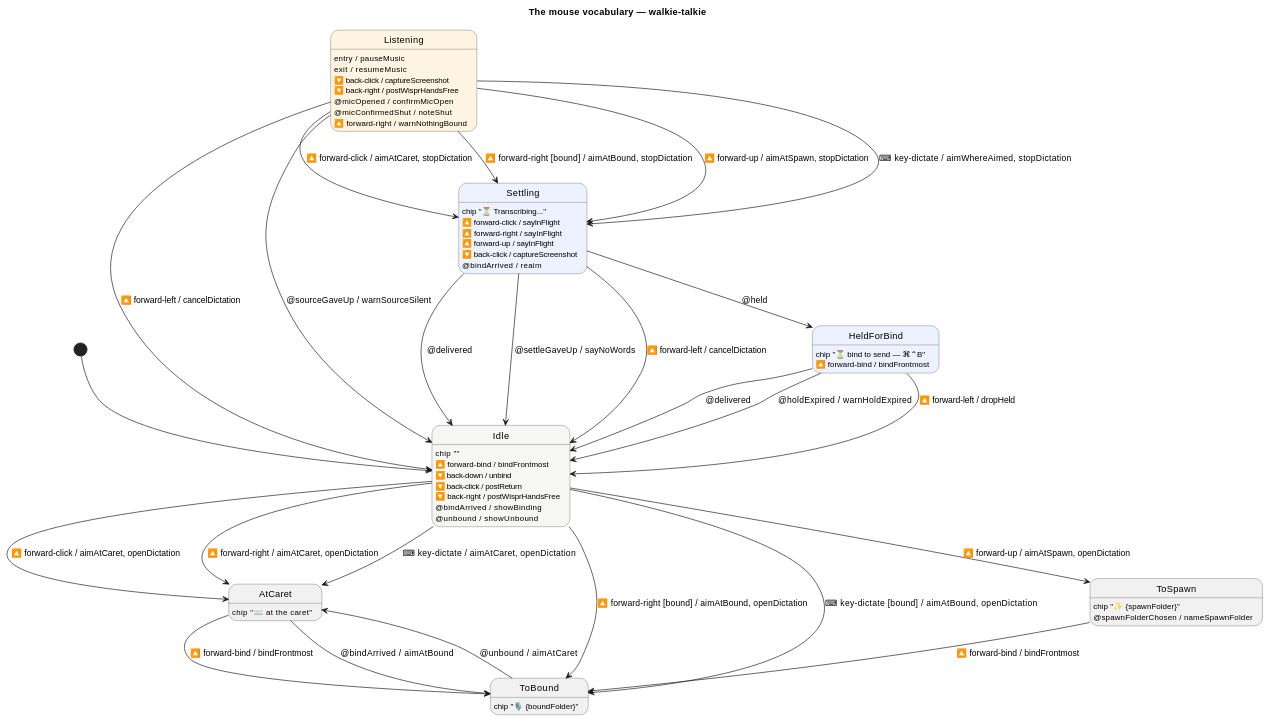
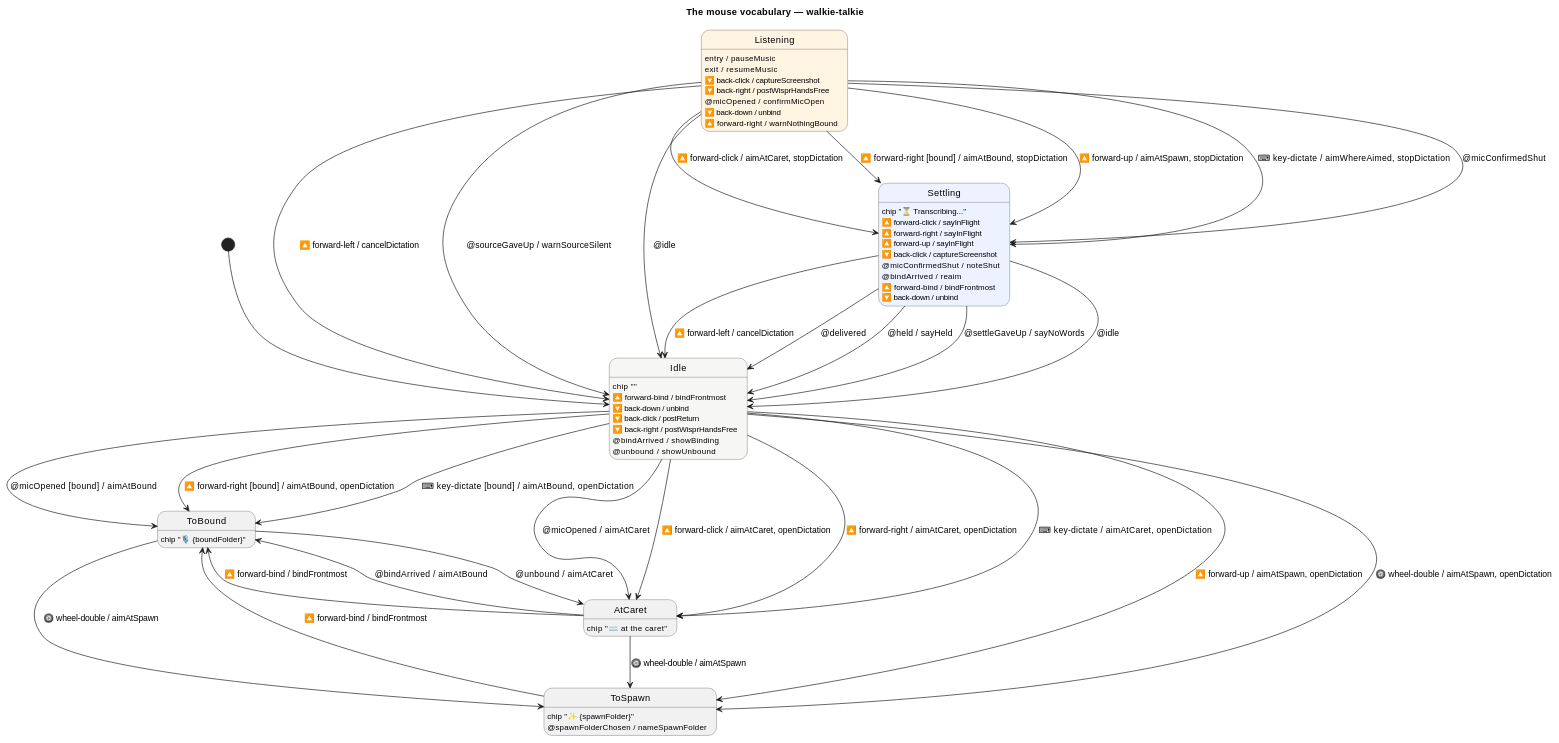
One commit to victorrentea/walkie-talkie changed the diagram in docs/gestures.puml. Above: the diagram before and after it, drawn with PlantUML. The commit also changed 12 other files, not shown here.

```diff
--- a/docs/gestures.puml
+++ b/docs/gestures.puml
@@ -64,6 +64,18 @@
 Idle : @bindArrived / showBinding
 Idle : @unbound / showUnbound
 
+' **A dictation this machine did not start.** The menu's *Start Dictation*, the
+' loopback's `/test/dictation/start`, Wispr Flow's own keyboard chord, and 🔽 →
+' which posts that chord raw — all open a microphone without a gesture the
+' diagram answers. Without these two arrows the machine sat in `Idle` while the
+' world was listening, missed the music pause, and then refused `@delivered`
+' when the words came back. Found in review, 2026-09-14.
+'
+' Inside `Listening` the same event is an internal confirmation (below); a
+' substate's own answer outranks the composite's, so the two cannot collide.
+Idle --> ToBound : @micOpened [bound] / aimAtBound
+Idle --> AtCaret : @micOpened / aimAtCaret
+
 ' The aim is set BEFORE the microphone is asked for, and again by whichever
 ' gesture ends the sentence. It has to be first in the list: `openDictation`
 ' reaches the source, and the local recogniser can raise `didBegin`
@@ -102,6 +114,7 @@
 ' such moment. What survives of it is `HotkeyTap.onWheelRelease`, which is a cue
 ' about *when* to take the frame and deliberately not a gesture.
 Idle --> ToSpawn  : 🔼 forward-up / aimAtSpawn, openDictation
+Idle --> ToSpawn  : 🛞 wheel-double / aimAtSpawn, openDictation
 
 ' ── The microphone is open ─────────────────────────────────────────────────
 ' Everything that is true for the whole sentence, whatever it is aimed at,
@@ -118,7 +131,10 @@
   Listening : 🔽 back-click / captureScreenshot
   Listening : 🔽 back-right / postWisprHandsFree
   Listening : @micOpened / confirmMicOpen
-  Listening : @micConfirmedShut / noteShut
+  ' **Disconnect outranks a running dictation** — it is the answer to *stop, this
+  ' is going to the wrong place*, and on master it was tested in no state at all.
+  ' It only existed in `Idle` here until review caught it.
+  Listening : 🔽 back-down / unbind
 
   ' Where a plain ending would send it. The substate IS the chip.
   state AtCaret
@@ -134,11 +150,22 @@
   ' Listening's exit does not run: music still paused, ring still up.
 
   state ToBound
+  ' `{…}` is filled by `AppDelegate.reconcile` from the live binding. A name the
+' app cannot fill is refused at boot rather than drawn with its braces showing.
   ToBound : chip "🎙️ {boundFolder}"
 
   state ToSpawn
   ToSpawn : chip "✨ {spawnFolder}"
   ToSpawn : @spawnFolderChosen / nameSpawnFolder
+
+  ' **The wheel clicked twice converts, it does not end** (2026-09-05, and a
+  ' regression review caught on 2026-09-14). It was mapped onto `forward-up`,
+  ' whose only answer from inside `Listening` is the arrow that *ends* the
+  ' sentence — so the second click a third of a second behind the first stopped
+  ' a recording shorter than `minimumDuration`, which is dropped as a misfire.
+  ' Same recording, same words; only the destination changes.
+  AtCaret --> ToSpawn : 🛞 wheel-double / aimAtSpawn
+  ToBound --> ToSpawn : 🛞 wheel-double / aimAtSpawn
 
   AtCaret --> ToBound : 🔼 forward-bind / bindFrontmost
   AtCaret --> ToBound : @bindArrived / aimAtBound
@@ -152,13 +179,16 @@
 ' diverse locuri, în funcție de cum se termină gestul."
 '
 ' These leave the COMPOSITE, so they apply from all three destinations. A
-' substate's own transition outranks its parent's (plain UML), which is how
-' AtCaret's refusal below gets first refusal on 🔼 →.
+' substate's own transition outranks its parent's (plain UML) — and the parser
+' checks that ordering *per state*, not per arrow, so an unguarded line written
+' on a substate cannot silently shadow a guarded one on its parent.
 Listening --> Settling : 🔼 forward-click / aimAtCaret, stopDictation
 Listening --> Settling : 🔼 forward-right [bound] / aimAtBound, stopDictation
-' Mid-sentence, 🔼 ↑ **converts the dictation to a spawn**: same recording, same
-' words — only the destination changes. The terminal it opens in does not exist
-' yet, so the folder menu is offered exactly as it is at a fresh spawn press.
+' Mid-sentence, 🔼 ↑ **ends the sentence into the folder menu**: the terminal it
+' opens in does not exist yet, so the menu is offered exactly as at a fresh spawn
+' press and the words go to whatever he picks. Victor: *"dacă la finalul
+' conversației fac forward cu up, gestul acesta deschide meniul de foldere."*
+' The wheel's double click is the one that converts WITHOUT ending — 🛞 above.
 Listening --> Settling : 🔼 forward-up / aimAtSpawn, stopDictation
 Listening --> Settling : ⌨ key-dictate / aimWhereAimed, stopDictation
 ' ⬅️ — the forward button held and the mouse flicked left (and the wheel held,
@@ -168,6 +198,22 @@
 ' hearing it.
 Listening --> Idle     : 🔼 forward-left / cancelDictation
 Listening --> Idle     : @sourceGaveUp / warnSourceSilent
+' **And the world can end one without a gesture.** The overlay's ✕, the menu's
+' *Cancel Dictation*, `POST /test/cancel`, Wispr's own ⌃Escape dismiss, a
+' `source.start()` that refused, a recogniser that quit — `AppDelegate` fires
+' `@idle` whenever it becomes true that nothing is in flight. Without it the
+' machine stayed in `Listening` with `resumeMusic` unrun, and his music never
+' came back. Found in review, 2026-09-14.
+Listening --> Idle     : @idle
+
+' **The microphone closing is the arrow into the settle.** For a gesture the
+' machine is already in `Settling` by the time this arrives — `stopDictation` put
+' it there — and the internal line on `Settling` below just notes it. For a
+' dictation the *world* ended (the menu's *End Dictation*, Wispr's own chord
+' pressed again, the loopback's stop) there was no gesture, and without this arrow
+' the machine sat in `Listening` while the words were in flight and then refused
+' `@delivered` for ever. Found in review, 2026-09-14.
+Listening --> Settling : @micConfirmedShut
 
 ' 🔼 → with NOTHING bound does not end the sentence. Written HERE, after the
 ' guarded arrow above, because reading order is evaluation order: the guarded
@@ -198,7 +244,13 @@
 Settling : 🔼 forward-right / sayInFlight
 Settling : 🔼 forward-up / sayInFlight
 Settling : 🔽 back-click / captureScreenshot
+Settling : @micConfirmedShut / noteShut
 Settling : @bindArrived / reaim
+' A bind made while the words are in flight still reaches them — the recipient is
+' latched when the microphone closes, and `showBound`'s take-back re-aims it. It
+' worked one state either side of this one and not here, which was an omission.
+Settling : 🔼 forward-bind / bindFrontmost
+Settling : 🔽 back-down / unbind
 
 ' **The machine does not deliver.** Where a sentence goes once the words are
 ' back is `AppDelegate.deliver` → `commit`, a four-way fork over a dead tty, a
@@ -207,23 +259,18 @@
 ' which way it went and the machine follows. Firing `deliver` from here as well
 ' would send the sentence twice.
 Settling --> Idle        : @delivered
-Settling --> HeldForBind : @held
+' **The five-minute hold is not a state** (`holdsForBind`, 2026-09-11). It is a
+' property of a *sentence* — one `Message` waiting for a bind — and not of the
+' mouse, so the machine goes back to `Idle` and the hold lives on beside it.
+'
+' It was a state for one build, and that was a mistake review caught: it
+' answered no gesture at all, so for up to five minutes after an unbound
+' sentence landed, every mouse gesture and the back button's Return were
+' swallowed and refused. A resting state that eats the mouse is worse than the
+' hold it was modelling.
+Settling --> Idle        : @held / sayHeld
 Settling --> Idle        : @settleGaveUp / sayNoWords
+Settling --> Idle        : @idle
 Settling --> Idle        : 🔼 forward-left / cancelDictation
 
-' ── Nothing was bound when the words landed ────────────────────────────────
-' The five-minute hold (holdsForBind, 2026-09-11). Reachable only through
-' @held — never through a gesture, because 🔼 → refuses above rather than
-' ending a sentence with nowhere to go.
-state HeldForBind <<waiting>>
-HeldForBind : chip "⏳ bind to send — ⌘⌃B"
-HeldForBind : 🔼 forward-bind / bindFrontmost
-
-' `releaseAwaitingBind` is reached from `showBound`, which every route into a
-' binding passes through — so the bind delivers the held sentence and says so,
-' the same way `commit` does above.
-HeldForBind --> Idle : @delivered
-HeldForBind --> Idle : @holdExpired / warnHoldExpired
-HeldForBind --> Idle : 🔼 forward-left / dropHeld
-
 @enduml
```
